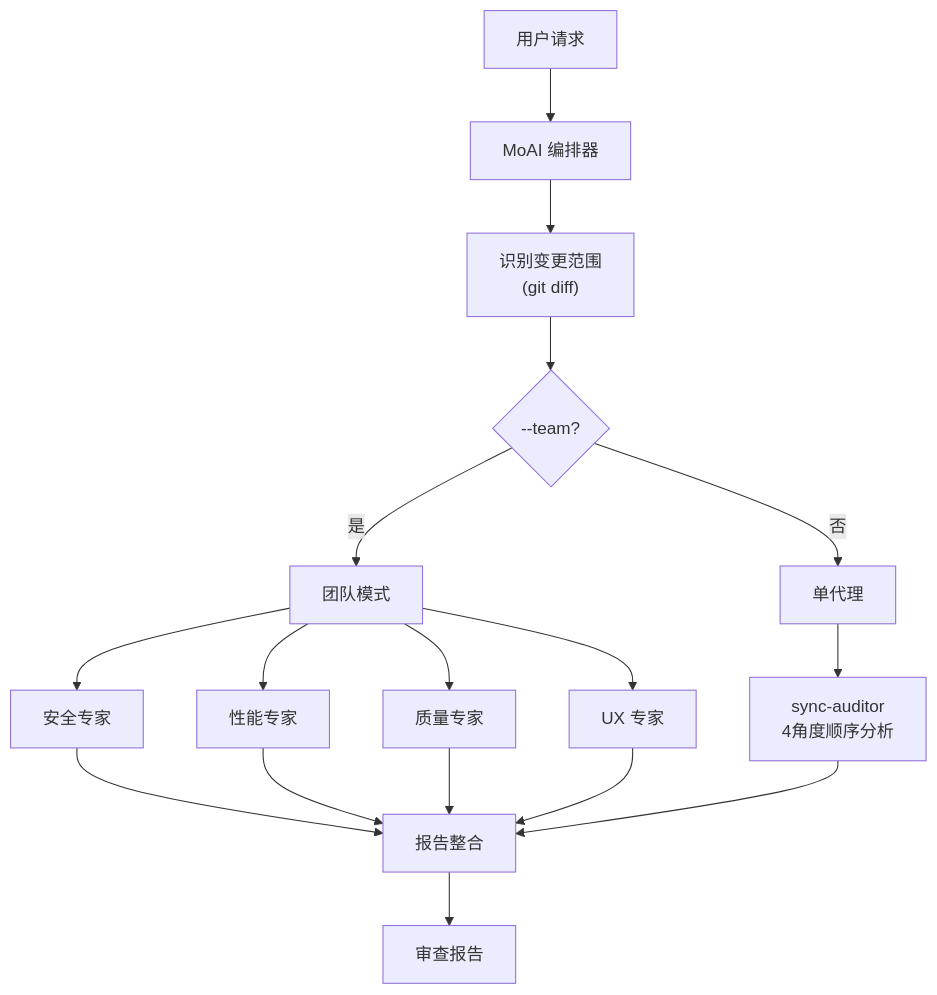
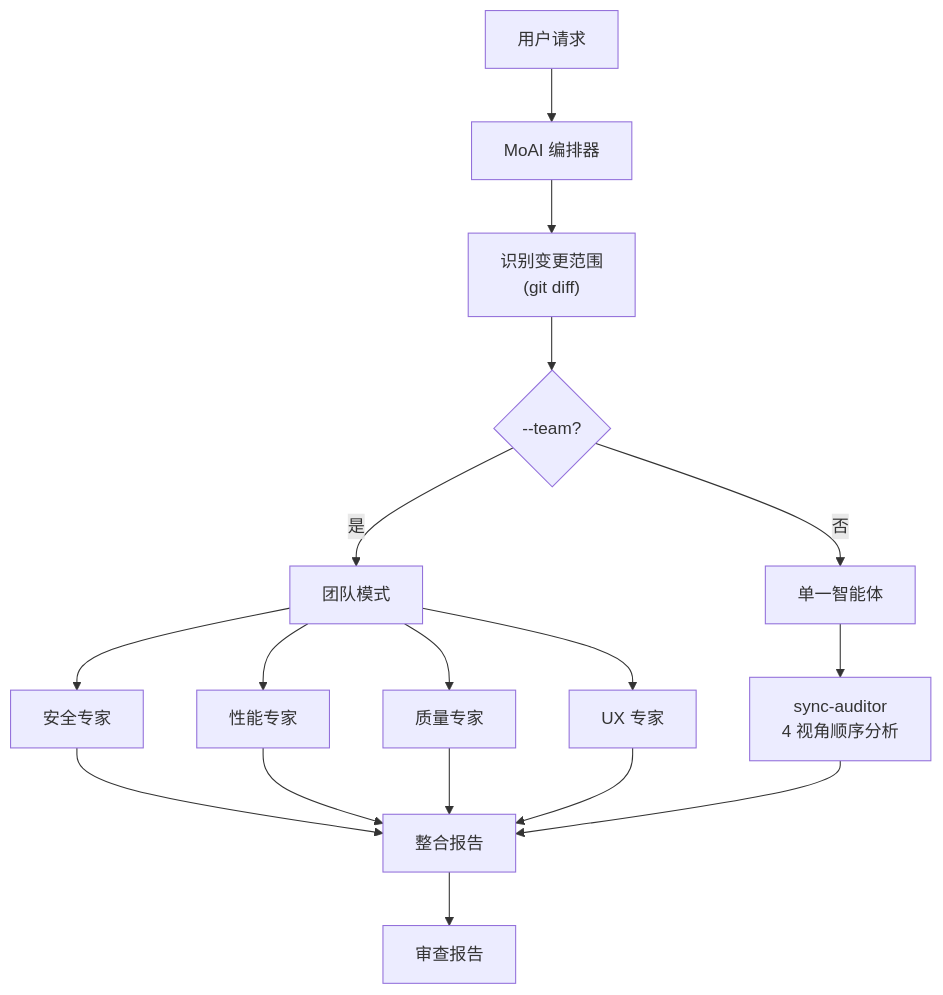
The second of 2 diagrams in docs-site/content/zh/quality-commands/moai-review.md (modu-ai/moai-adk), drawn with Mermaid before and after one commit. The commit also changed other lines of this file and 395 other files, not shown here.

````diff
--- a/docs-site/content/zh/quality-commands/moai-review.md
+++ b/docs-site/content/zh/quality-commands/moai-review.md
@@ -223,24 +225,24 @@
 ```mermaid
 flowchart TD
     User["用户请求"] --> MoAI["MoAI 编排器"]
     MoAI --> Identify["识别变更范围<br/>(git diff)"]
     Identify --> Agent{"--team?"}
 
     Agent -->|是| Team["团队模式"]
-    Agent -->|否| Single["单代理"]
+    Agent -->|否| Single["单一智能体"]
 
     Team --> R1["安全专家"]
     Team --> R2["性能专家"]
     Team --> R3["质量专家"]
     Team --> R4["UX 专家"]
 
-    Single --> Quality["sync-auditor<br/>4角度顺序分析"]
+    Single --> Quality["sync-auditor<br/>4 视角顺序分析"]
 
-    R1 --> Consolidate["报告整合"]
+    R1 --> Consolidate["整合报告"]
     R2 --> Consolidate
     R3 --> Consolidate
     R4 --> Consolidate
     Quality --> Consolidate
 
     Consolidate --> Report["审查报告"]
 ```
````
